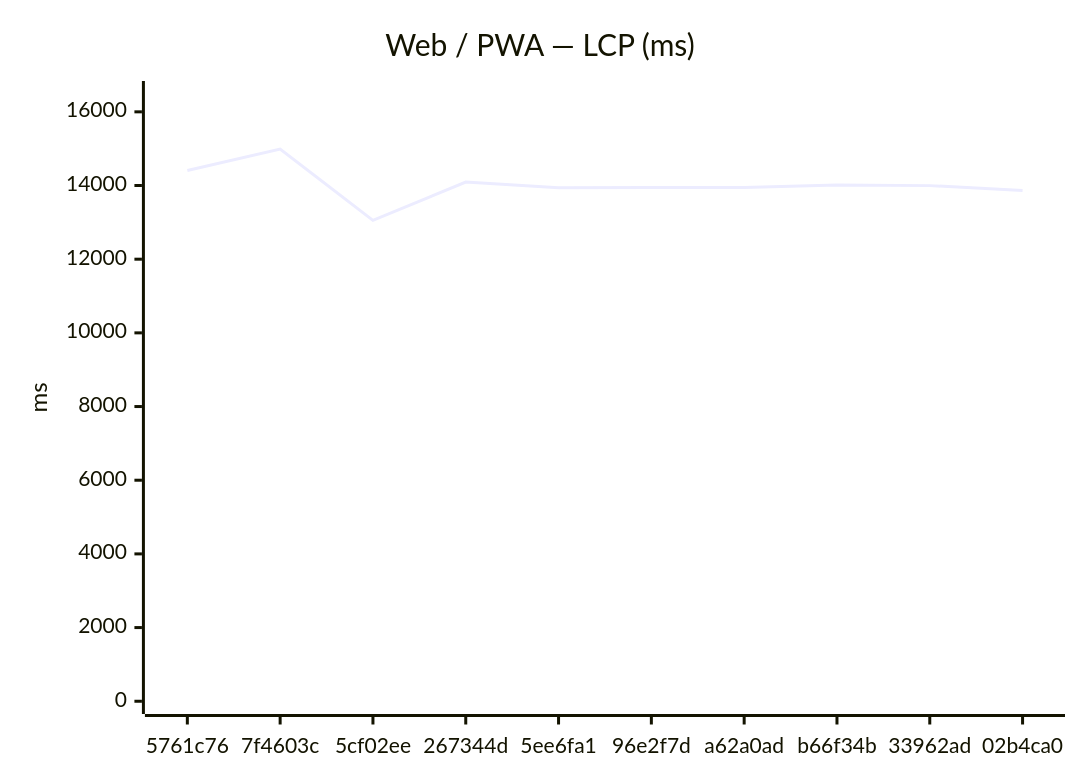
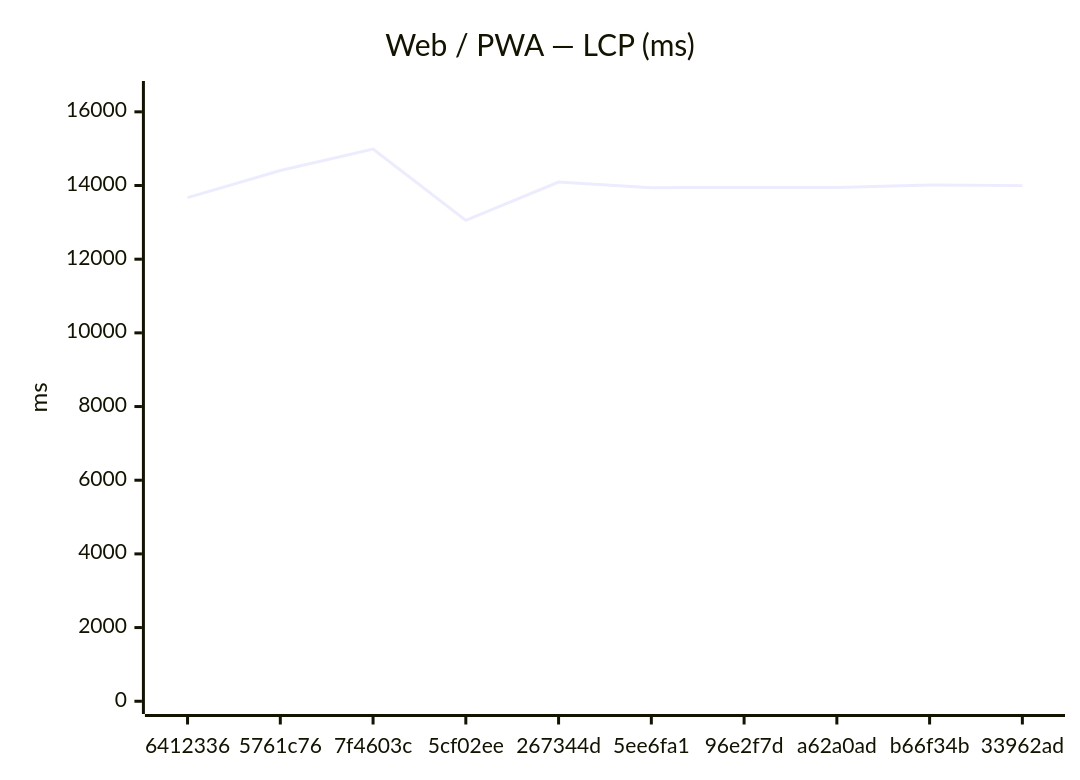
The first of 18 diagrams in benchmarks/compare.md (Metaheurist/Rianell), drawn with Mermaid before and after one commit. The commit also changed other lines of this file and 11 other files, not shown here.

````diff
--- a/benchmarks/compare.md
+++ b/benchmarks/compare.md
@@ -24,7 +24,7 @@
 ```mermaid
 xychart-beta
     title "Web / PWA — LCP (ms)"
-    x-axis ["5761c76", "7f4603c", "5cf02ee", "267344d", "5ee6fa1", "96e2f7d", "a62a0ad", "b66f34b", "33962ad", "02b4ca0"]
+    x-axis ["6412336", "5761c76", "7f4603c", "5cf02ee", "267344d", "5ee6fa1", "96e2f7d", "a62a0ad", "b66f34b", "33962ad"]
     y-axis "ms" 0 --> 16491
-    line [14406, 14991, 13053, 14092, 13942, 13945, 13945, 14014, 13997, 13868]
+    line [13670, 14406, 14991, 13053, 14092, 13942, 13945, 13945, 14014, 13997]
 ```
````
